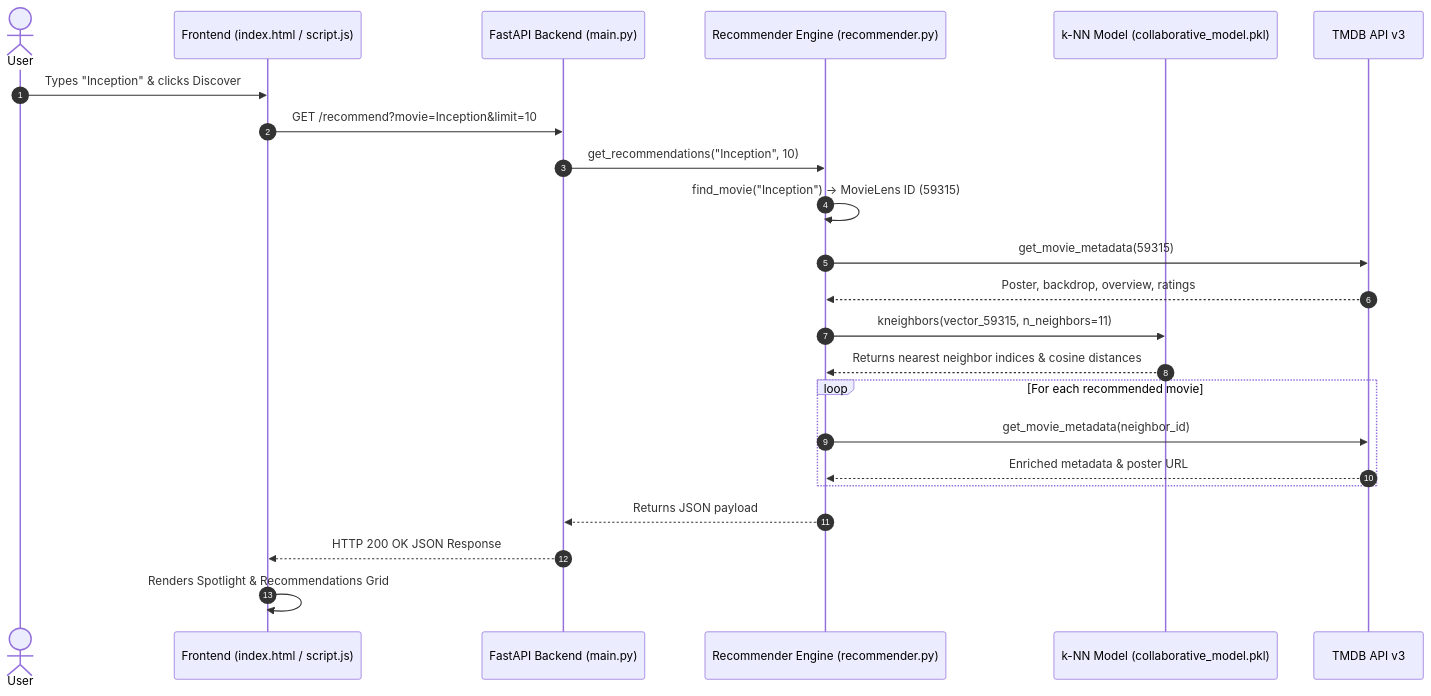
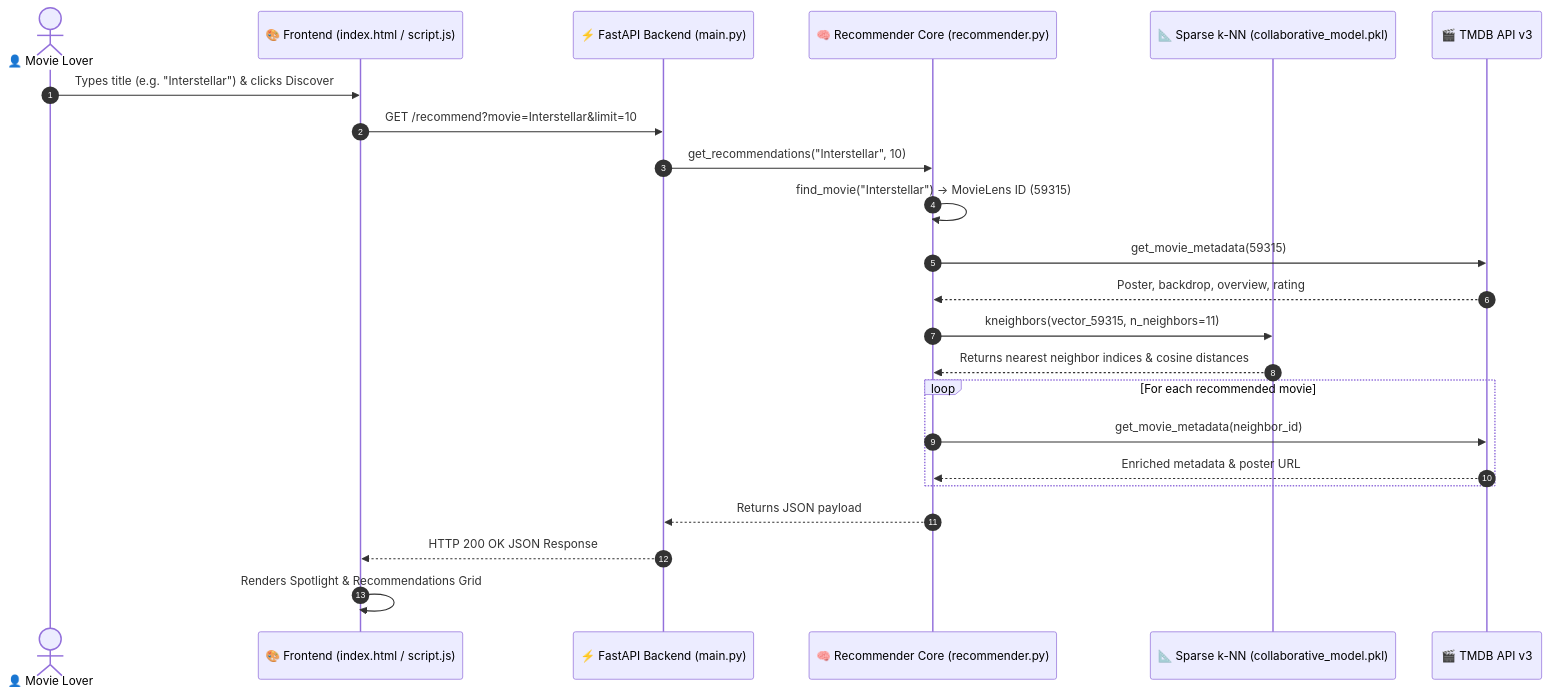
One commit to Nersu-Abhinav/CineMatch-AI changed the diagram in README.md. Above: the diagram before and after it, drawn with Mermaid. The commit also changed other lines of this file, not shown here.

Commit message:
Transform README with ultra-premium design, badges, mermaid architecture diagram, features grid, and animated centered footer

````diff
--- a/README.md
+++ b/README.md
@@ -30,26 +47,26 @@
 ```mermaid
 sequenceDiagram
     autonumber
-    actor User
-    participant UI as Frontend (index.html / script.js)
-    participant API as FastAPI Backend (main.py)
-    participant Rec as Recommender Engine (recommender.py)
-    participant Model as k-NN Model (collaborative_model.pkl)
-    participant TMDB as TMDB API v3
+    actor User as 👤 Movie Lover
+    participant UI as 🎨 Frontend (index.html / script.js)
+    participant API as ⚡ FastAPI Backend (main.py)
+    participant Rec as 🧠 Recommender Core (recommender.py)
+    participant Model as 📐 Sparse k-NN (collaborative_model.pkl)
+    participant TMDB as 🎬 TMDB API v3
 
-    User->>UI: Types "Inception" & clicks Discover
-    UI->>API: GET /recommend?movie=Inception&limit=10
-    API->>Rec: get_recommendations("Inception", 10)
-    Rec->>Rec: find_movie("Inception") -> MovieLens ID (59315)
+    User->>UI: Types title (e.g. "Interstellar") & clicks Discover
+    UI->>API: GET /recommend?movie=Interstellar&limit=10
+    API->>Rec: get_recommendations("Interstellar", 10)
+    Rec->>Rec: find_movie("Interstellar") -> MovieLens ID (59315)
     Rec->>TMDB: get_movie_metadata(59315)
-    TMDB-->>Rec: Poster, backdrop, overview, ratings
+    TMDB-->>Rec: Poster, backdrop, overview, rating
     Rec->>Model: kneighbors(vector_59315, n_neighbors=11)
     Model-->>Rec: Returns nearest neighbor indices & cosine distances
     loop For each recommended movie
         Rec->>TMDB: get_movie_metadata(neighbor_id)
         TMDB-->>Rec: Enriched metadata & poster URL
     end
     Rec-->>API: Returns JSON payload
     API-->>UI: HTTP 200 OK JSON Response
     UI->>UI: Renders Spotlight & Recommendations Grid
 ```
````
